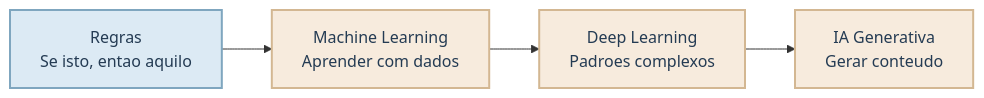
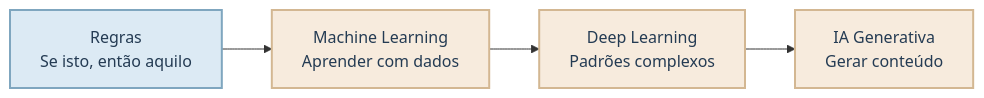
Diagram 17 of 51 in temas/introducao_pratica_ia_e_genia/estudo/aula1.qmd (mikaelakihitto/self-study-data-science), drawn with Mermaid before and after one commit. The commit also changed other lines of this file, not shown here.

````diff
--- a/temas/introducao_pratica_ia_e_genia/estudo/aula1.qmd
+++ b/temas/introducao_pratica_ia_e_genia/estudo/aula1.qmd
@@ -410,14 +401,14 @@
 ```{mermaid}
 %%| fig-align: center
 %%| out-width: 72%
 graph LR
-    A[Regras<br/>Se isto, entao aquilo] --> B[Machine Learning<br/>Aprender com dados]
-    B --> C[Deep Learning<br/>Padroes complexos]
-    C --> D[IA Generativa<br/>Gerar conteudo]
+    A[Regras<br/>Se isto, então aquilo] --> B[Machine Learning<br/>Aprender com dados]
+    B --> C[Deep Learning<br/>Padrões complexos]
+    C --> D[IA Generativa<br/>Gerar conteúdo]
     %% Definicao das cores
     classDef styleAzul fill:#DCEAF4,stroke:#7FA6BF,stroke-width:2px,color:#243B53;
     classDef styleVerde fill:#E7F2E8,stroke:#90B29A,stroke-width:2px,color:#243B53;
     classDef styleAreia fill:#F7EBDD,stroke:#D3B792,stroke-width:2px,color:#243B53;
     class A styleAzul;
     class B,C,D styleAreia;
 ```
````
